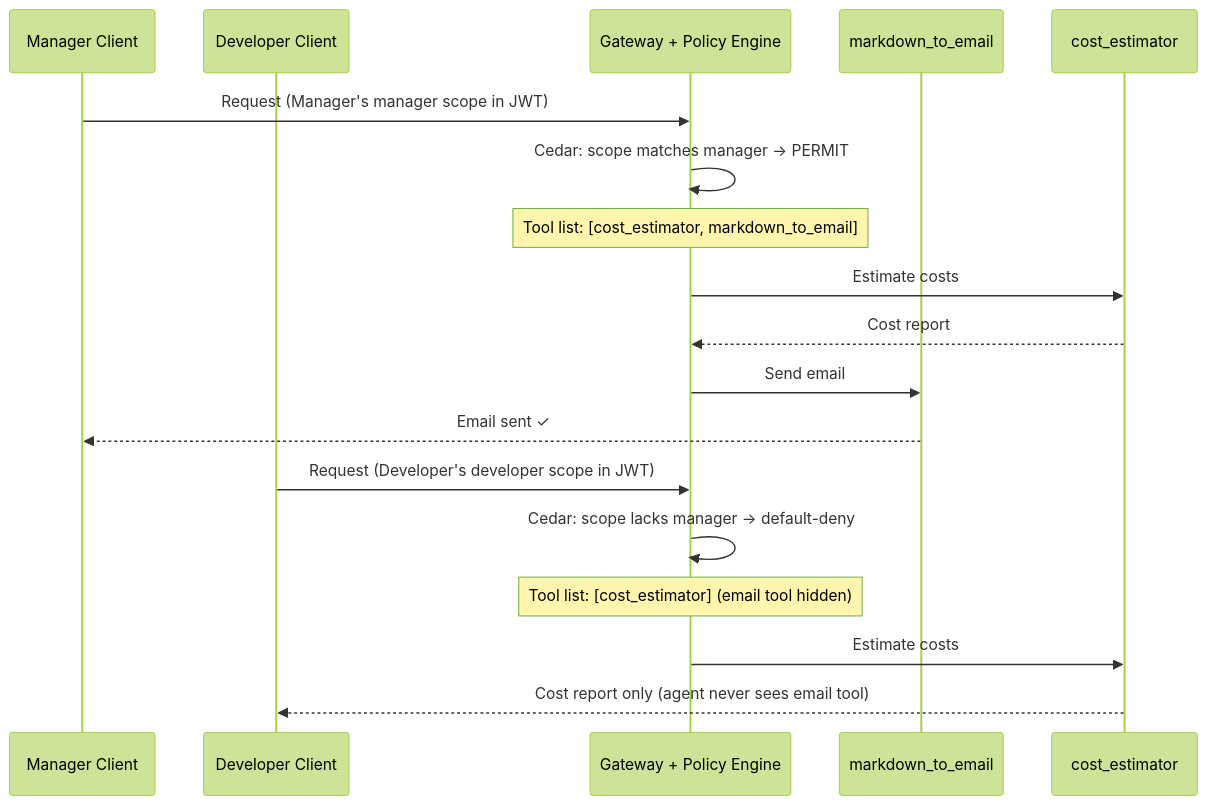
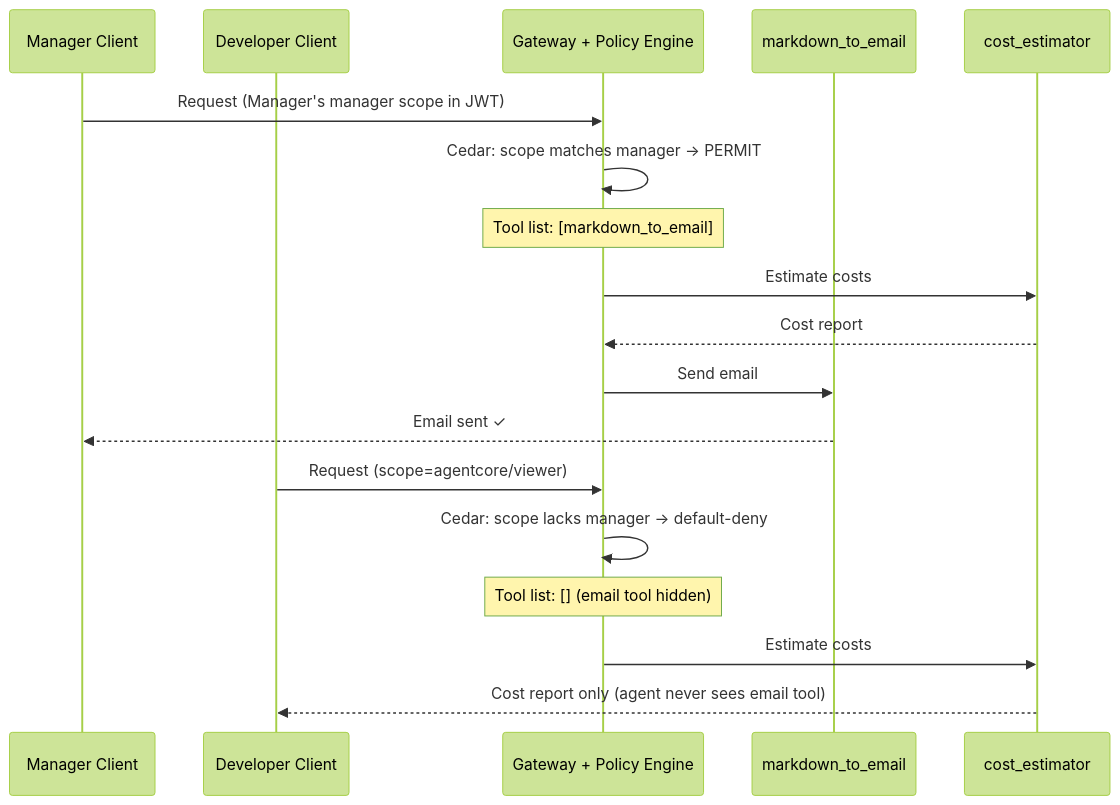
Before and after one commit to aws-samples/sample-amazon-bedrock-agentcore-onboarding: the diagram in 08_policy/README.md, drawn with Mermaid (forest theme). The commit also changed other lines of this file and 68 other files, not shown here.

````diff
--- a/08_policy/README.md
+++ b/08_policy/README.md
@@ -97,22 +99,22 @@
 ```mermaid
 sequenceDiagram
     participant M as Manager Client
     participant D as Developer Client
     participant GW as Gateway + Policy Engine
     participant Tool as markdown_to_email
     participant CE as cost_estimator
 
     M->>GW: Request (Manager's manager scope in JWT)
     GW->>GW: Cedar: scope matches manager → PERMIT
-    Note over GW: Tool list: [cost_estimator, markdown_to_email]
+    Note over GW: Tool list: [markdown_to_email]
     GW->>CE: Estimate costs
     CE-->>GW: Cost report
     GW->>Tool: Send email
     Tool-->>M: Email sent ✓
 
-    D->>GW: Request (Developer's developer scope in JWT)
+    D->>GW: Request (scope=agentcore/viewer)
     GW->>GW: Cedar: scope lacks manager → default-deny
-    Note over GW: Tool list: [cost_estimator] (email tool hidden)
+    Note over GW: Tool list: [] (email tool hidden)
     GW->>CE: Estimate costs
     CE-->>D: Cost report only (agent never sees email tool)
 ```
````
